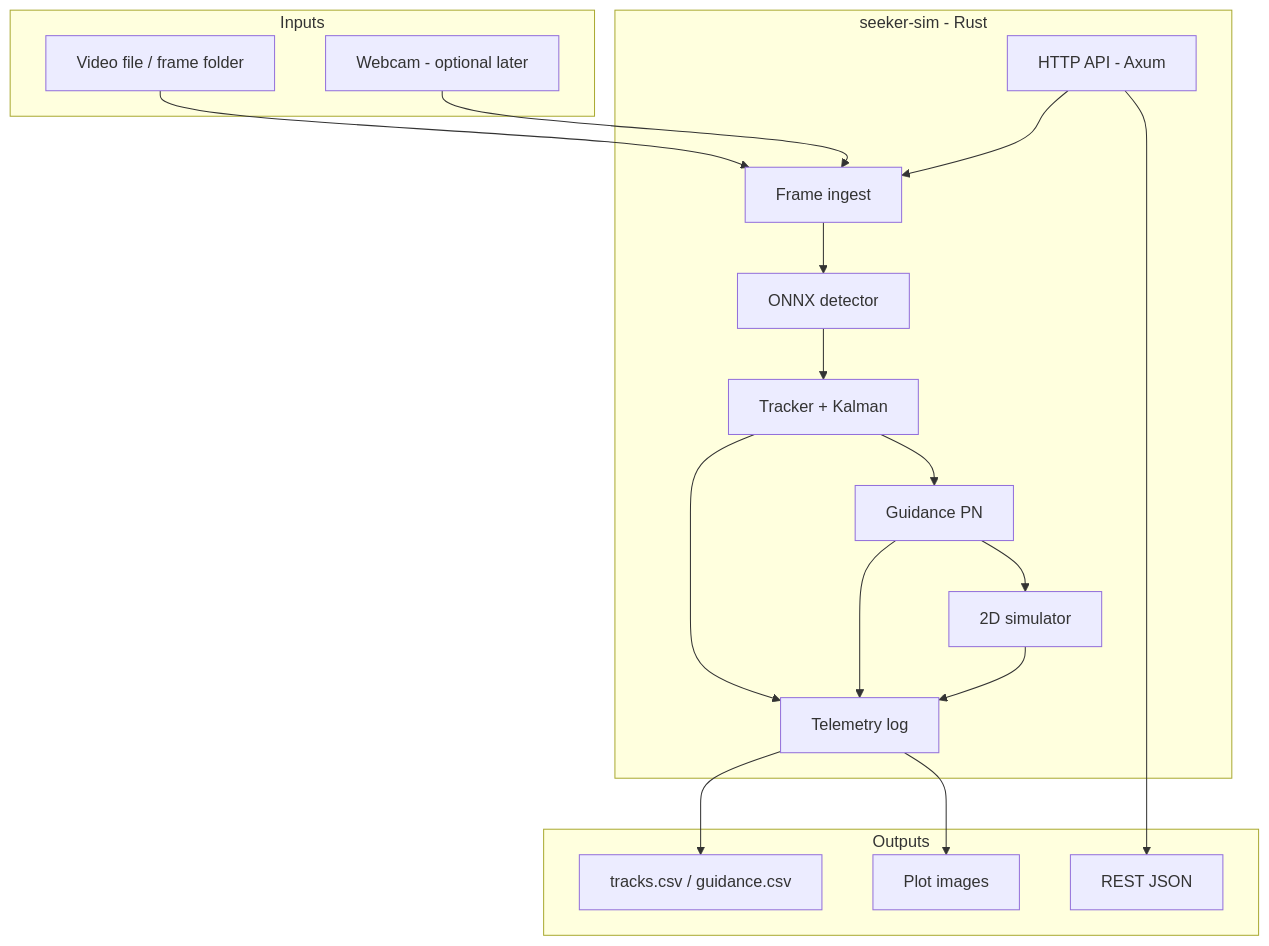
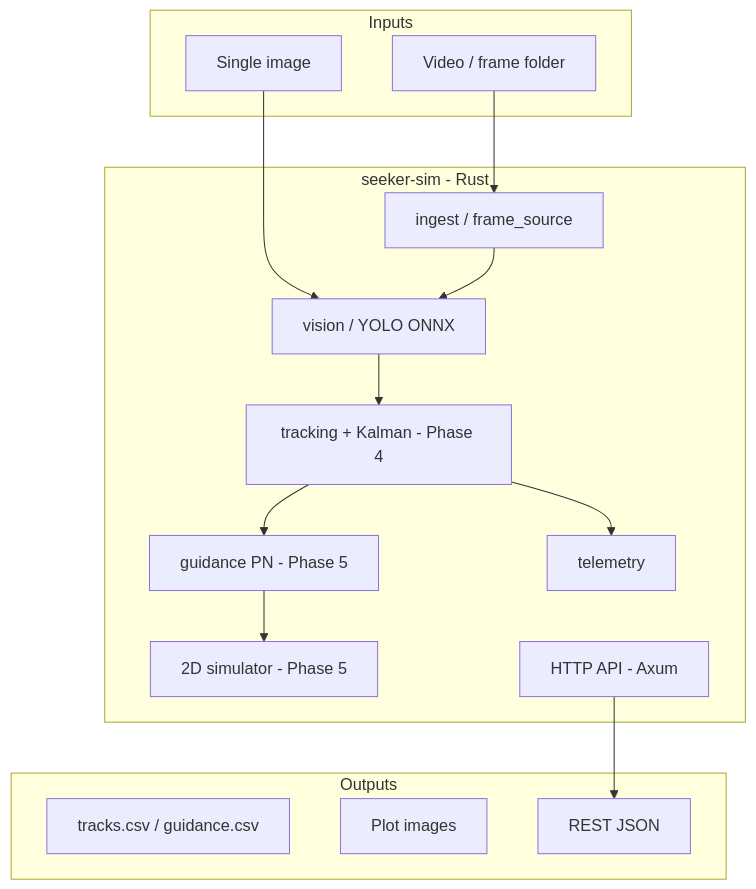
Before and after one commit to Kschmidt111/Rust-AI-proj: the diagram in README.md, drawn with Mermaid. The commit also changed other lines of this file and 40 other files, not shown here.

First line of the commit message:
Phase 4: motion tracking, Kalman, LOS, and tracks.csv export.

````diff
--- a/README.md
+++ b/README.md
@@ -21,31 +71,26 @@
 ```mermaid
 flowchart TB
   subgraph inputs [Inputs]
-    VID[Video file / frame folder]
-    CAM[Webcam - optional later]
+    VID[Video / frame folder]
+    IMG[Single image]
   end
   subgraph seeker_sim [seeker-sim - Rust]
-    ING[Frame ingest]
-    DET[ONNX detector]
-    TRK[Tracker + Kalman]
-    GUI[Guidance PN]
-    SIM[2D simulator]
+    ING[ingest / frame_source]
+    DET[vision / YOLO ONNX]
+    TRK[tracking + Kalman - Phase 4]
+    GUI[guidance PN - Phase 5]
+    SIM[2D simulator - Phase 5]
     API[HTTP API - Axum]
-    LOG[Telemetry log]
+    LOG[telemetry]
   end
   subgraph outputs [Outputs]
     CSV[tracks.csv / guidance.csv]
     PNG[Plot images]
     HTTP[REST JSON]
   end
-  VID --> ING
-  CAM --> ING
-  ING --> DET --> TRK --> GUI --> SIM
+  IMG --> DET
+  VID --> ING --> DET
+  DET --> TRK --> GUI --> SIM
   TRK --> LOG
-  GUI --> LOG
-  SIM --> LOG
-  API --> ING
-  LOG --> CSV
-  LOG --> PNG
   API --> HTTP
 ```
````
